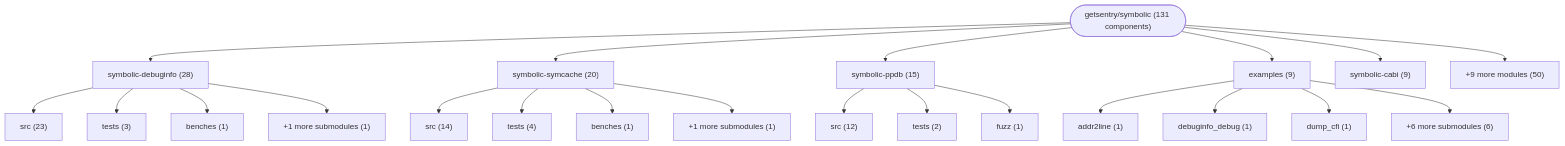
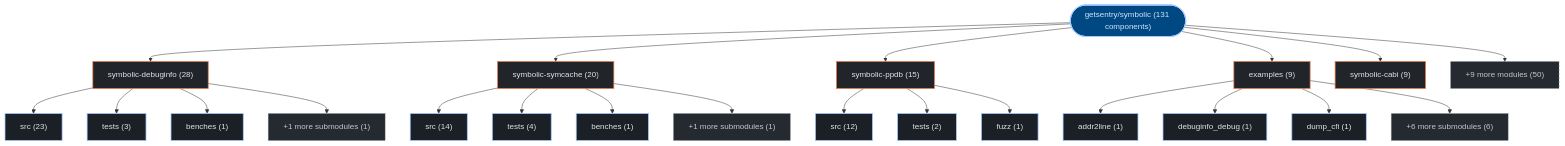
Before and after one commit to kumarshaz/atruss-code-atlas: the first of 3 diagrams in exports/latest/reports/getsentry-symbolic-report.md, drawn with Mermaid. The commit also changed other lines of this file and 331 other files, not shown here.

Commit message:
docs,ui,fix: update SDLC docs, reorder CI/CD DAG first, stylize Mermaid, and fix Arc42 pipeline topology

````diff
--- a/exports/latest/reports/getsentry-symbolic-report.md
+++ b/exports/latest/reports/getsentry-symbolic-report.md
@@ -42,46 +42,53 @@
 ```mermaid
 graph TD;
-    repo_root(["getsentry/symbolic (131 components)"])
-    dir_0_symbolic_debuginfo["symbolic-debuginfo (28)"]
+  classDef atlasRoot fill:#004882,stroke:#a3c9ff,stroke-width:2px,color:#d3e4ff
+  classDef atlasCategory fill:#212428,stroke:#E87A48,stroke-width:1.5px,color:#dfe3eb
+  classDef atlasWorkflow fill:#1b2026,stroke:#a3c9ff,stroke-width:1.5px,color:#dfe3eb
+  classDef atlasJob fill:#171c22,stroke:#8d9199,stroke-width:1px,color:#dfe3eb
+  classDef atlasTarget fill:#005227,stroke:#8bd99b,stroke-width:1.5px,color:#a7f6b6
+  classDef atlasAlert fill:#93000a,stroke:#ffb4ab,stroke-width:1.5px,color:#ffdad6
+  classDef atlasMore fill:#252a31,stroke:#8d9199,stroke-dasharray:4 4,color:#c3c6cf
+    repo_root(["getsentry/symbolic (131 components)"]):::atlasRoot
+    dir_0_symbolic_debuginfo["symbolic-debuginfo (28)"]:::atlasCategory
     repo_root --> dir_0_symbolic_debuginfo
-    sub_0_0_src["src (23)"]
+    sub_0_0_src["src (23)"]:::atlasWorkflow
     dir_0_symbolic_debuginfo --> sub_0_0_src
-    sub_0_1_tests["tests (3)"]
+    sub_0_1_tests["tests (3)"]:::atlasWorkflow
     dir_0_symbolic_debuginfo --> sub_0_1_tests
-    sub_0_2_benches["benches (1)"]
+    sub_0_2_benches["benches (1)"]:::atlasWorkflow
     dir_0_symbolic_debuginfo --> sub_0_2_benches
-    sub_0_more["+1 more submodules (1)"]
+    sub_0_more["+1 more submodules (1)"]:::atlasMore
     dir_0_symbolic_debuginfo --> sub_0_more
-    dir_1_symbolic_symcache["symbolic-symcache (20)"]
+    dir_1_symbolic_symcache["symbolic-symcache (20)"]:::atlasCategory
     repo_root --> dir_1_symbolic_symcache
-    sub_1_0_src["src (14)"]
+    sub_1_0_src["src (14)"]:::atlasWorkflow
     dir_1_symbolic_symcache --> sub_1_0_src
-    sub_1_1_tests["tests (4)"]
+    sub_1_1_tests["tests (4)"]:::atlasWorkflow
     dir_1_symbolic_symcache --> sub_1_1_tests
-    sub_1_2_benches["benches (1)"]
+    sub_1_2_benches["benches (1)"]:::atlasWorkflow
     dir_1_symbolic_symcache --> sub_1_2_benches
-    sub_1_more["+1 more submodules (1)"]
+    sub_1_more["+1 more submodules (1)"]:::atlasMore
     dir_1_symbolic_symcache --> sub_1_more
-    dir_2_symbolic_ppdb["symbolic-ppdb (15)"]
+    dir_2_symbolic_ppdb["symbolic-ppdb (15)"]:::atlasCategory
     repo_root --> dir_2_symbolic_ppdb
-    sub_2_0_src["src (12)"]
+    sub_2_0_src["src (12)"]:::atlasWorkflow
     dir_2_symbolic_ppdb --> sub_2_0_src
-    sub_2_1_tests["tests (2)"]
+    sub_2_1_tests["tests (2)"]:::atlasWorkflow
     dir_2_symbolic_ppdb --> sub_2_1_tests
-    sub_2_2_fuzz["fuzz (1)"]
+    sub_2_2_fuzz["fuzz (1)"]:::atlasWorkflow
     dir_2_symbolic_ppdb --> sub_2_2_fuzz
-    dir_3_examples["examples (9)"]
+    dir_3_examples["examples (9)"]:::atlasCategory
     repo_root --> dir_3_examples
-    sub_3_0_addr2line["addr2line (1)"]
+    sub_3_0_addr2line["addr2line (1)"]:::atlasWorkflow
     dir_3_examples --> sub_3_0_addr2line
-    sub_3_1_debuginfo_debug["debuginfo_debug (1)"]
+    sub_3_1_debuginfo_debug["debuginfo_debug (1)"]:::atlasWorkflow
     dir_3_examples --> sub_3_1_debuginfo_debug
-    sub_3_2_dump_cfi["dump_cfi (1)"]
+    sub_3_2_dump_cfi["dump_cfi (1)"]:::atlasWorkflow
     dir_3_examples --> sub_3_2_dump_cfi
-    sub_3_more["+6 more submodules (6)"]
+    sub_3_more["+6 more submodules (6)"]:::atlasMore
     dir_3_examples --> sub_3_more
-    dir_4_symbolic_cabi["symbolic-cabi (9)"]
+    dir_4_symbolic_cabi["symbolic-cabi (9)"]:::atlasCategory
     repo_root --> dir_4_symbolic_cabi
-    dir_other_modules["+9 more modules (50)"]
+    dir_other_modules["+9 more modules (50)"]:::atlasMore
     repo_root --> dir_other_modules
 ```
````
